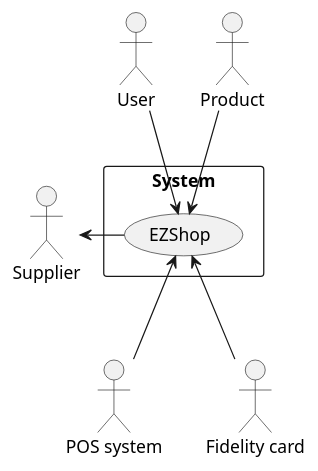
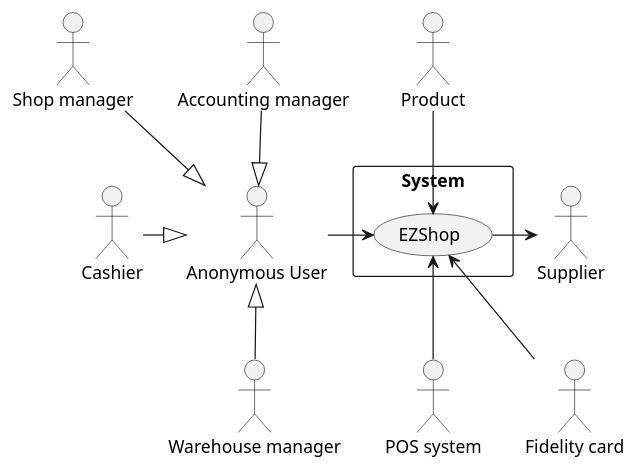
Before and after one commit to BMike10/EzShop: the first of 5 diagrams in Deliverables/RequirementsDocument.md, drawn with PlantUML. The commit also changed other lines of this file and 7 other files, not shown here.

```diff
--- a/Deliverables/RequirementsDocument.md
+++ b/Deliverables/RequirementsDocument.md
@@ -63,32 +63,36 @@
 	@startuml context_diagram
 		' system
 		rectangle System{
 		usecase EZShop
 		}
 		' actors
-		''' actor :Shop manager: as sm
-		''' actor :Cashier: as cr
-		''' actor :Accounting manager: as am
-		''' actor :Warehouse manager: as wm
+		actor :Shop manager: as sm
+		actor :Cashier: as cr
+		actor :Accounting manager: as am
+		actor :Warehouse manager: as wm
 		' variant with single end user which has roles
-		actor :User: as u
+		actor :Anonymous User: as u
+		sm --|> u
+		cr -|> u
+		am --|> u
+		u <|-- wm
 
 		actor :Supplier: as s
 		actor :POS system: as ccs
 		' associations
 		''' sm -> EZShop
 		''' cr --> EZShop
 		''' am --> EZShop
 		''' wm --> EZShop		
 		' variant with only end user
-		u --> EZShop
+		u -> EZShop
 
 		s <- EZShop
 		EZShop <-- ccs
 		EZShop <-- :Fidelity card:
 		''' ' If we choose Cash Register and laser beam external
 		''' :Cash Register: --> EZShop
 		''' :Laser beam scanner: -- EZShop
 		' If cash register and laser beam scanner are internal
 		Product --> EZShop
 	@enduml
```
